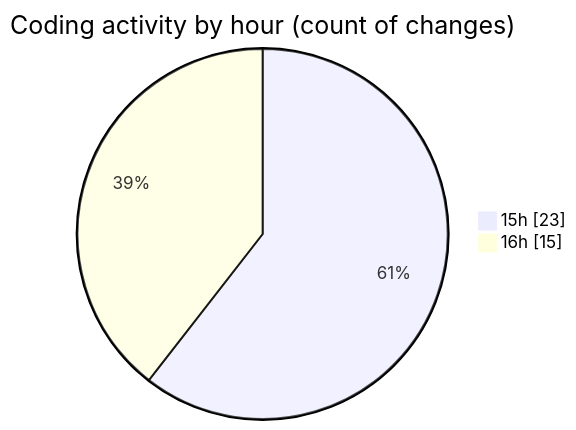
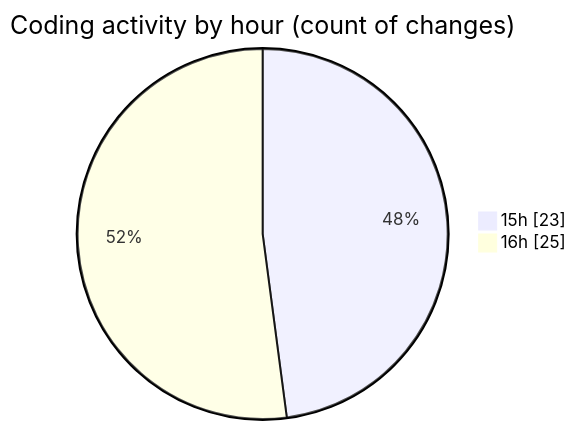
One commit to Netris89/code-tracking changed the second of 2 diagrams in 2025-04-01/back-end/README.md. Above: the diagram before and after it, drawn with Mermaid. The commit also changed other lines of this file and 1 other file, not shown here.

````diff
--- a/2025-04-01/back-end/README.md
+++ b/2025-04-01/back-end/README.md
@@ -30,6 +31,6 @@
 ```mermaid
 pie showData
 title Coding activity by hour (count of changes)
 "15h" : 23
-"16h" : 15
+"16h" : 25
 ```
````
